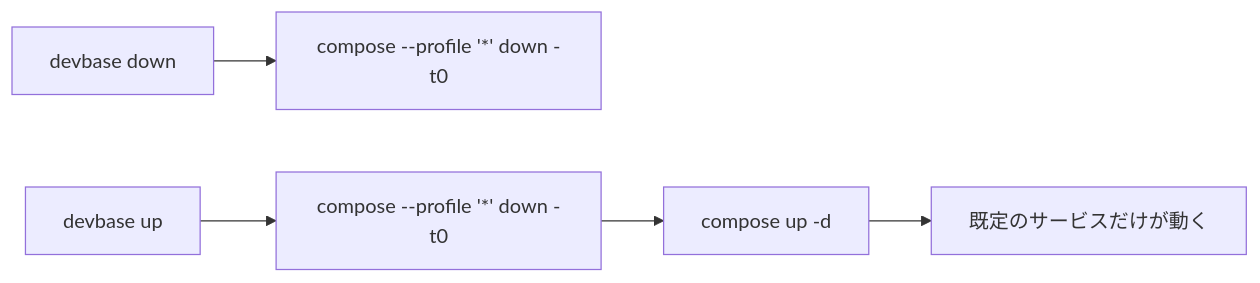
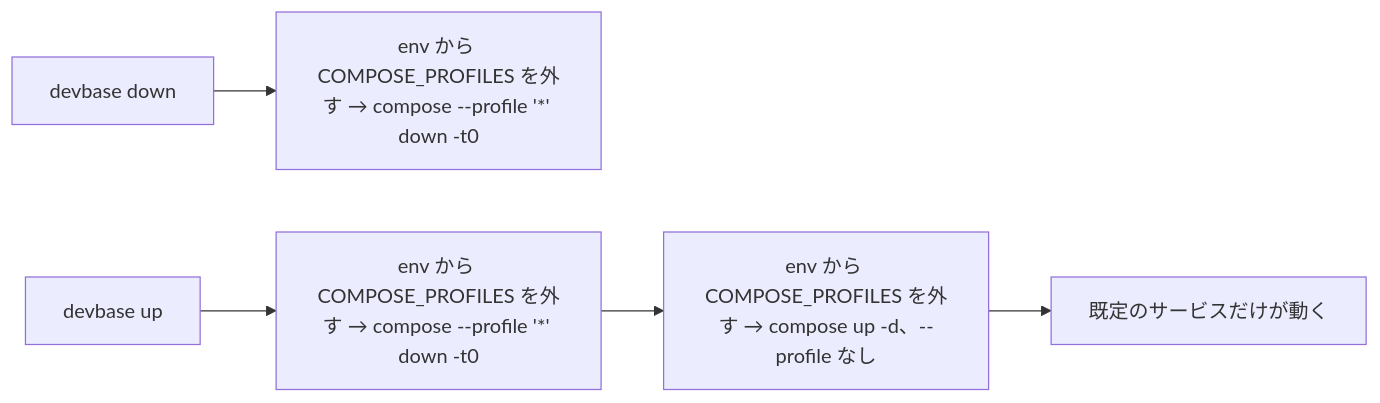
Before and after one commit to devbasex/devbase: the sixth of 6 diagrams in issues/PLAN58_compose-profiles-design.md, drawn with Mermaid. The commit also changed other lines of this file and 1 other file, not shown here.

First line of the commit message:
docs(PLAN58): 有効なプロファイルを devbase が決め COMPOSE_PROFILES を外す (#189)

````diff
--- a/issues/PLAN58_compose-profiles-design.md
+++ b/issues/PLAN58_compose-profiles-design.md
@@ -256,7 +274,7 @@
 ```mermaid
 graph LR
-    A[devbase down] --> B[compose --profile '*' down -t0]
-    C[devbase up] --> D[compose --profile '*' down -t0]
-    D --> E[compose up -d]
+    A[devbase down] --> B["env から COMPOSE_PROFILES を外す → compose --profile '*' down -t0"]
+    C[devbase up] --> D["env から COMPOSE_PROFILES を外す → compose --profile '*' down -t0"]
+    D --> E["env から COMPOSE_PROFILES を外す → compose up -d、--profile なし"]
     E --> F[既定のサービスだけが動く]
 ```
````
